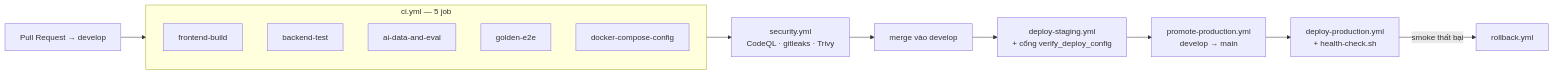
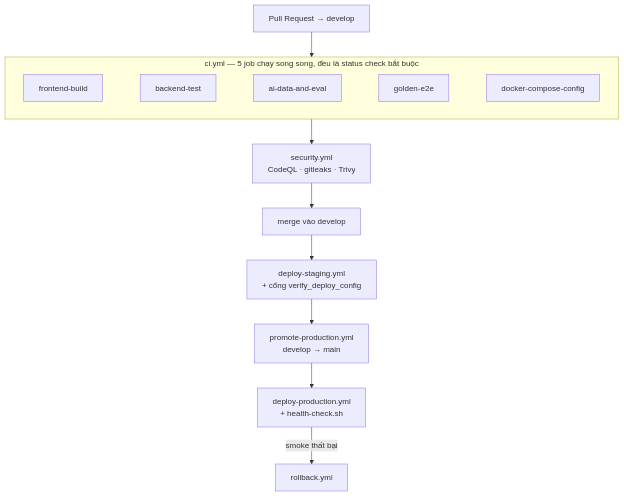
One commit to Anpham120/restaurant-qr-ai-ordering changed the fourth of 4 diagrams in docs/bao-cao/BAO_CAO_CONG_NGHE_PHAN_MEM.md. Above: the diagram before and after it, drawn with Mermaid. The commit also changed other lines of this file and 27 other files, not shown here.

````diff
--- a/docs/bao-cao/BAO_CAO_CONG_NGHE_PHAN_MEM.md
+++ b/docs/bao-cao/BAO_CAO_CONG_NGHE_PHAN_MEM.md
@@ -1176,17 +1267,15 @@
 ```mermaid
-flowchart LR
+flowchart TB
   PR["Pull Request → develop"] --> CI
-  subgraph CI["ci.yml — 5 job"]
-    J1["frontend-build"]
-    J2["backend-test"]
-    J3["ai-data-and-eval"]
-    J4["golden-e2e"]
-    J5["docker-compose-config"]
+  subgraph CI["ci.yml — 5 job chạy song song, đều là status check bắt buộc"]
+    direction LR
+    J1["frontend-build"] ~~~ J2["backend-test"] ~~~ J3["ai-data-and-eval"]
+    J3 ~~~ J4["golden-e2e"] ~~~ J5["docker-compose-config"]
   end
   CI --> SEC["security.yml<br/>CodeQL · gitleaks · Trivy"]
   SEC --> MERGE["merge vào develop"]
   MERGE --> STG["deploy-staging.yml<br/>+ cổng verify_deploy_config"]
   STG --> PROMO["promote-production.yml<br/>develop → main"]
   PROMO --> PROD["deploy-production.yml<br/>+ health-check.sh"]
   PROD -->|"smoke thất bại"| RB["rollback.yml"]
 ```
````
